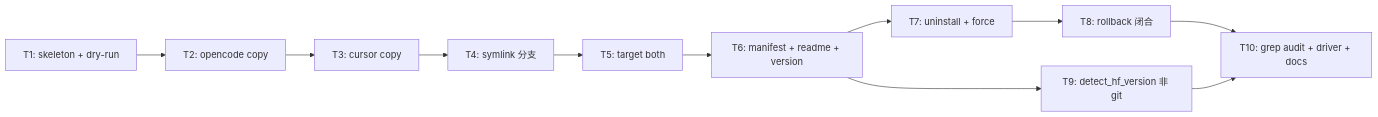
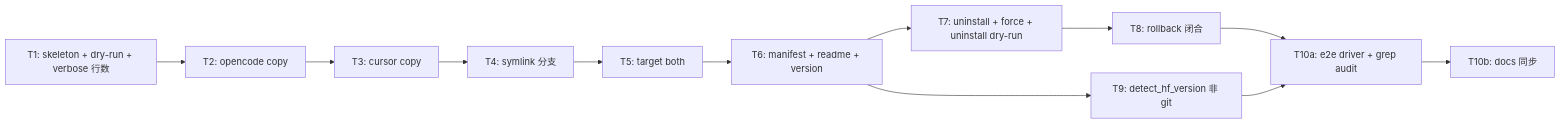
One commit to hujianbest/harness-flow changed the diagram in features/001-install-scripts/tasks.md. Above: the diagram before and after it, drawn with Mermaid. The commit also changed other lines of this file and 1 other file, not shown here.

````diff
--- a/features/001-install-scripts/tasks.md
+++ b/features/001-install-scripts/tasks.md
@@ -250,13 +274,14 @@
 ```mermaid
 graph LR
-    T1[T1: skeleton + dry-run] --> T2[T2: opencode copy]
+    T1[T1: skeleton + dry-run + verbose 行数] --> T2[T2: opencode copy]
     T2 --> T3[T3: cursor copy]
     T3 --> T4[T4: symlink 分支]
     T4 --> T5[T5: target both]
     T5 --> T6[T6: manifest + readme + version]
-    T6 --> T7[T7: uninstall + force]
+    T6 --> T7[T7: uninstall + force + uninstall dry-run]
     T7 --> T8[T8: rollback 闭合]
     T6 --> T9[T9: detect_hf_version 非 git]
-    T8 --> T10[T10: grep audit + driver + docs]
-    T9 --> T10
+    T8 --> T10a[T10a: e2e driver + grep audit]
+    T9 --> T10a
+    T10a --> T10b[T10b: docs 同步]
 ```
````
